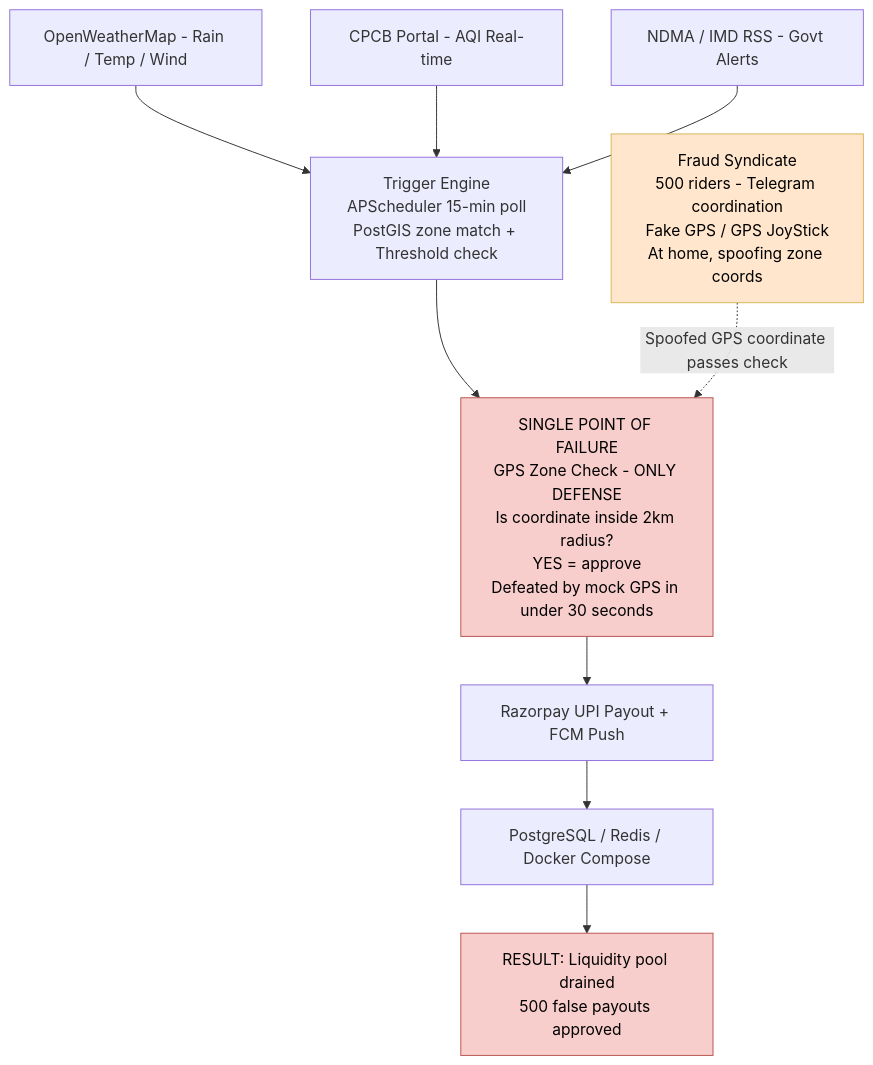
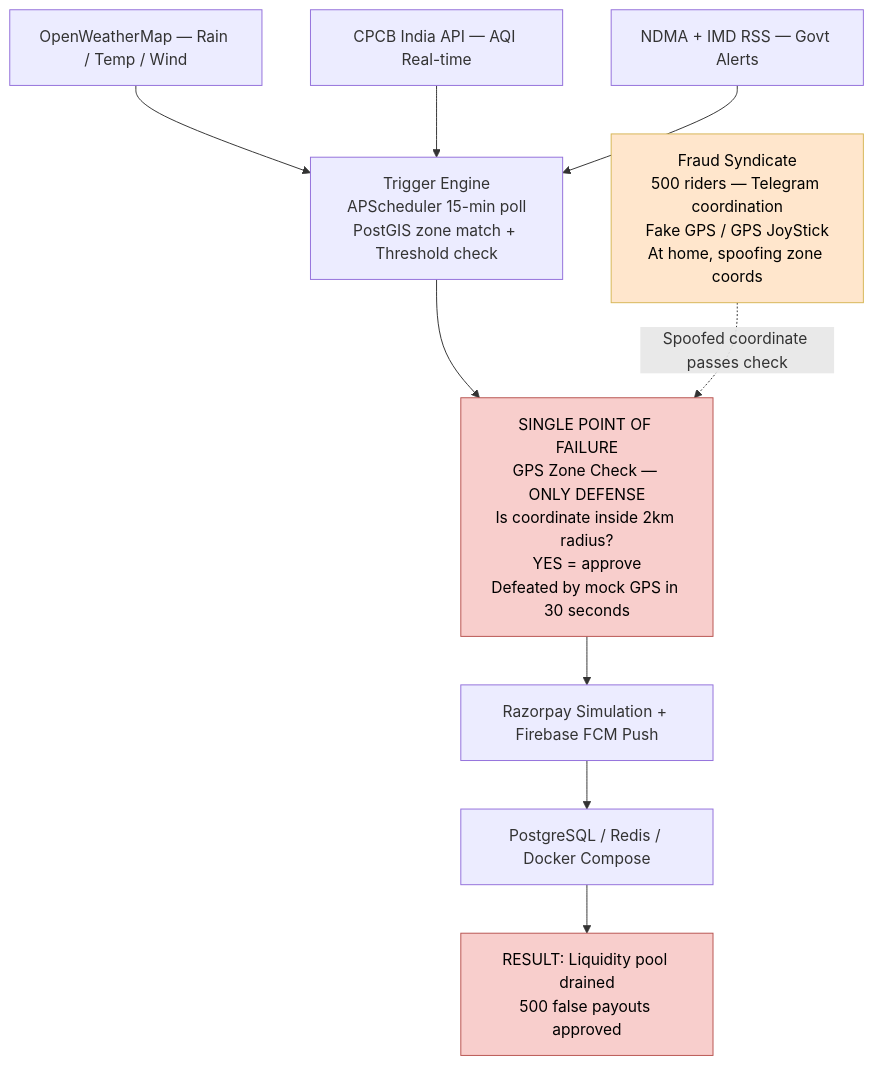
One commit to Dhruvvv-26/GigShield-Parametric-Income-Protection changed the first of 2 diagrams in README.md. Above: the diagram before and after it, drawn with Mermaid. The commit also changed other lines of this file and 13 other files, not shown here.

````diff
--- a/README.md
+++ b/README.md
@@ -391,36 +303,29 @@
 ```mermaid
 flowchart TD
-    OWM["OpenWeatherMap - Rain / Temp / Wind"]
-    CPCB["CPCB Portal - AQI Real-time"]
-    NDMA["NDMA / IMD RSS - Govt Alerts"]
+    OWM["OpenWeatherMap — Rain / Temp / Wind"]
+    CPCB["CPCB India API — AQI Real-time"]
+    NDMA["NDMA + IMD RSS — Govt Alerts"]
 
     OWM --> TRIGGER
     CPCB --> TRIGGER
     NDMA --> TRIGGER
 
     TRIGGER["Trigger Engine\nAPScheduler 15-min poll\nPostGIS zone match + Threshold check"]
-
     TRIGGER --> GPSCHECK
 
-    FRAUD["Fraud Syndicate\n500 riders - Telegram coordination\nFake GPS / GPS JoyStick\nAt home, spoofing zone coords"]
+    FRAUD["Fraud Syndicate\n500 riders — Telegram coordination\nFake GPS / GPS JoyStick\nAt home, spoofing zone coords"]
+    FRAUD -. "Spoofed coordinate passes check" .-> GPSCHECK
 
-    FRAUD -. "Spoofed GPS coordinate passes check" .-> GPSCHECK
-
-    GPSCHECK["SINGLE POINT OF FAILURE\nGPS Zone Check - ONLY DEFENSE\nIs coordinate inside 2km radius?\nYES = approve\nDefeated by mock GPS in under 30 seconds"]
-
+    GPSCHECK["SINGLE POINT OF FAILURE\nGPS Zone Check — ONLY DEFENSE\nIs coordinate inside 2km radius?\nYES = approve\nDefeated by mock GPS in 30 seconds"]
     GPSCHECK --> PAYOUT
 
-    PAYOUT["Razorpay UPI Payout + FCM Push"]
-
+    PAYOUT["Razorpay Simulation + Firebase FCM Push"]
     PAYOUT --> DB
-
     DB["PostgreSQL / Redis / Docker Compose"]
-
     DB --> RESULT
-
     RESULT["RESULT: Liquidity pool drained\n500 false payouts approved"]
 
     style GPSCHECK fill:#f8cecc,stroke:#b85450,color:#000000
     style RESULT fill:#f8cecc,stroke:#b85450,color:#000000
     style FRAUD fill:#ffe6cc,stroke:#d6b656,color:#000000
 ```
````
